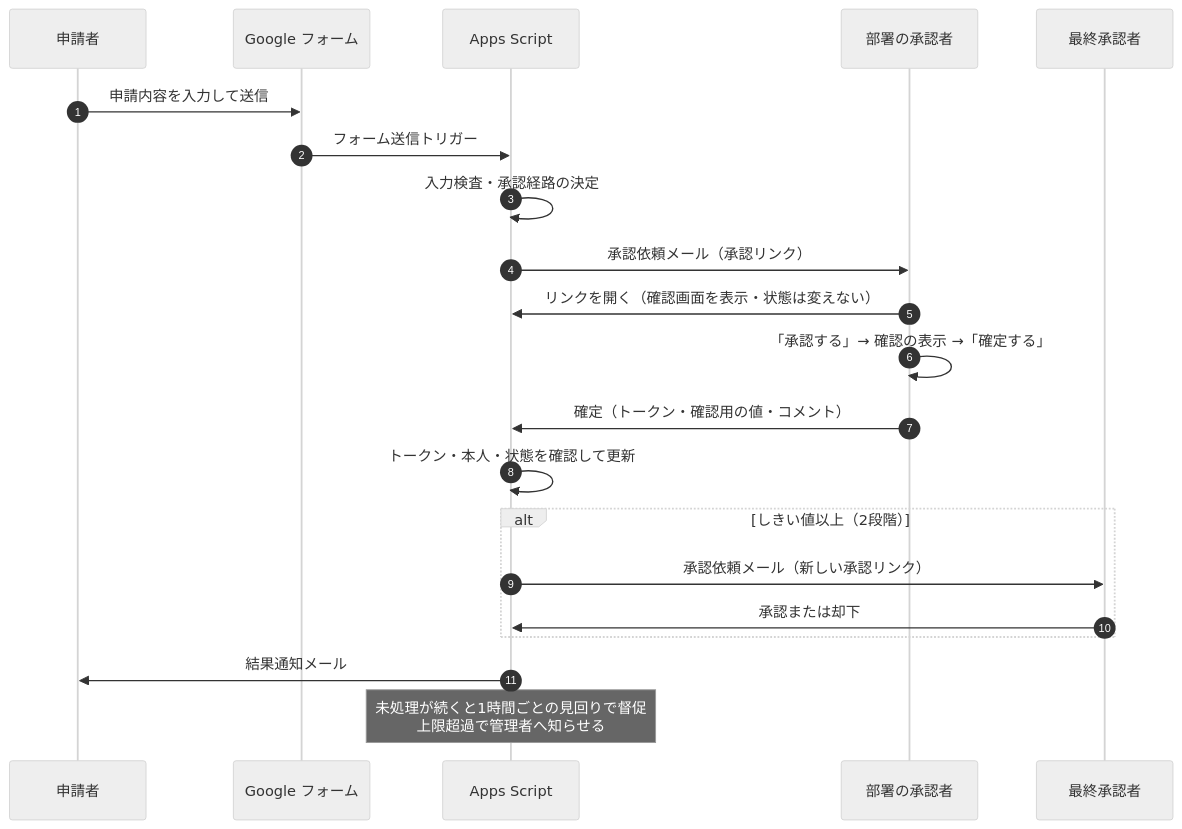
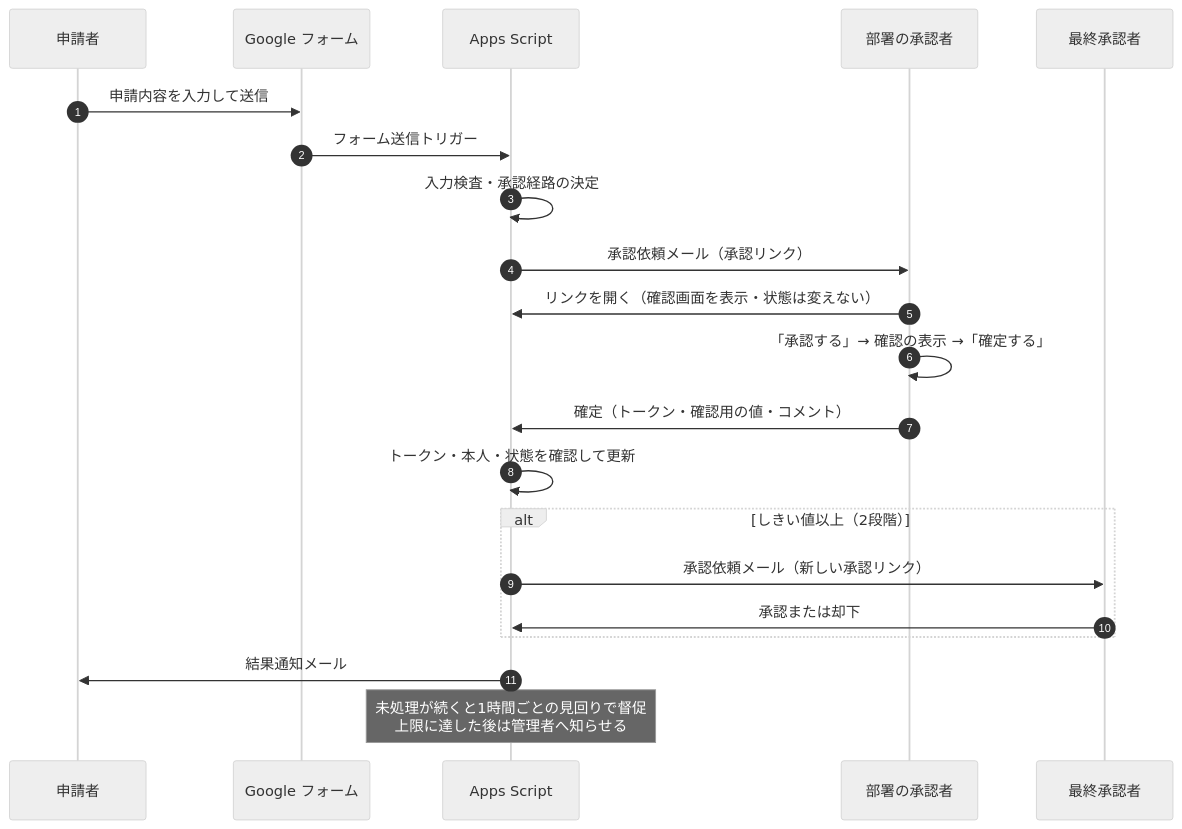
One commit to takato-y/gas-approval-workflow changed the second of 2 diagrams in docs/02_基本設計.md. Above: the diagram before and after it, drawn with Mermaid (neutral theme). The commit also changed other lines of this file and 9 other files, not shown here.

````diff
--- a/docs/02_基本設計.md
+++ b/docs/02_基本設計.md
@@ -84,23 +85,23 @@
 ```mermaid
 sequenceDiagram
   autonumber
   participant 申請者
   participant フォーム as Google フォーム
   participant GAS as Apps Script
   participant 承認者1 as 部署の承認者
   participant 承認者2 as 最終承認者
   申請者->>フォーム: 申請内容を入力して送信
   フォーム->>GAS: フォーム送信トリガー
   GAS->>GAS: 入力検査・承認経路の決定
   GAS->>承認者1: 承認依頼メール（承認リンク）
   承認者1->>GAS: リンクを開く（確認画面を表示・状態は変えない）
   承認者1->>承認者1: 「承認する」→ 確認の表示 →「確定する」
   承認者1->>GAS: 確定（トークン・確認用の値・コメント）
   GAS->>GAS: トークン・本人・状態を確認して更新
   alt しきい値以上（2段階）
     GAS->>承認者2: 承認依頼メール（新しい承認リンク）
     承認者2->>GAS: 承認または却下
   end
   GAS->>申請者: 結果通知メール
-  Note over GAS: 未処理が続くと1時間ごとの見回りで督促<br/>上限超過で管理者へ知らせる
+  Note over GAS: 未処理が続くと1時間ごとの見回りで督促<br/>上限に達した後は管理者へ知らせる
 ```
````
